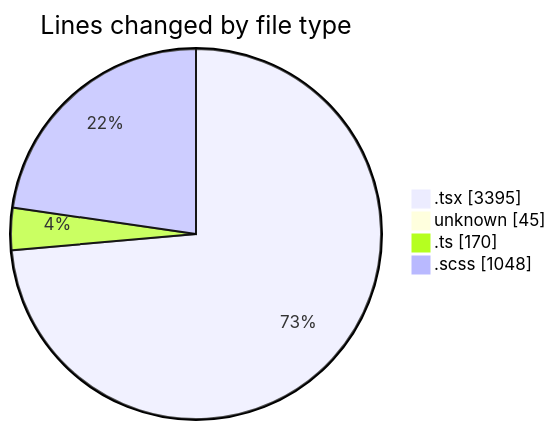
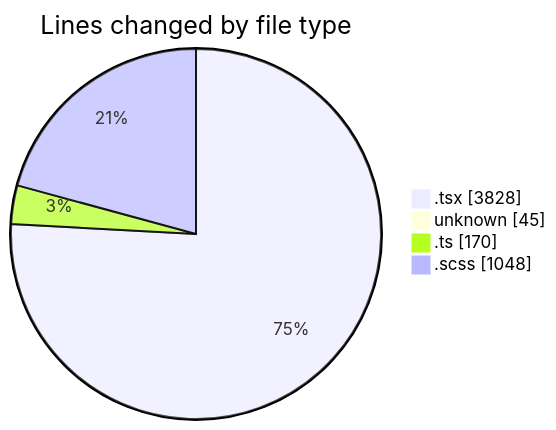
Before and after one commit to momahboobian/code-tracking: the first of 2 diagrams in 2025-09-01/cda/README.md, drawn with Mermaid. The commit also changed other lines of this file and 1 other file, not shown here.

````diff
--- a/2025-09-01/cda/README.md
+++ b/2025-09-01/cda/README.md
@@ -28,8 +29,8 @@
 ```mermaid
 pie showData
 title Lines changed by file type
-".tsx" : 3395
+".tsx" : 3828
 "unknown" : 45
 ".ts" : 170
 ".scss" : 1048
 ```
````
